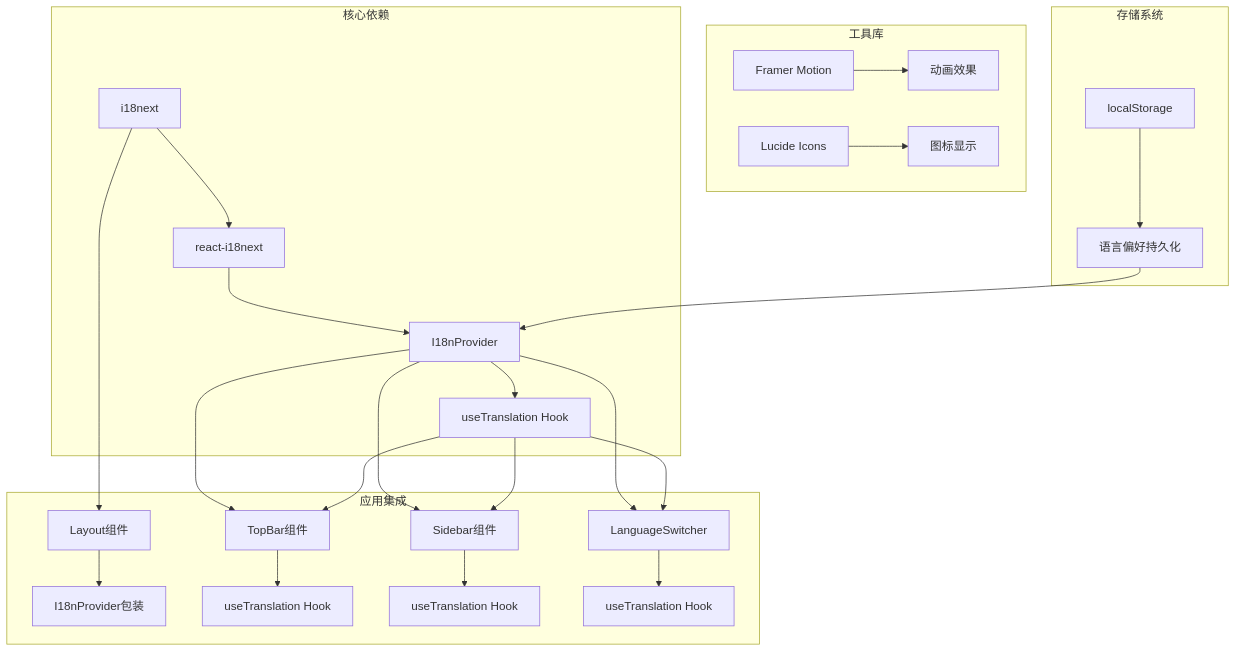
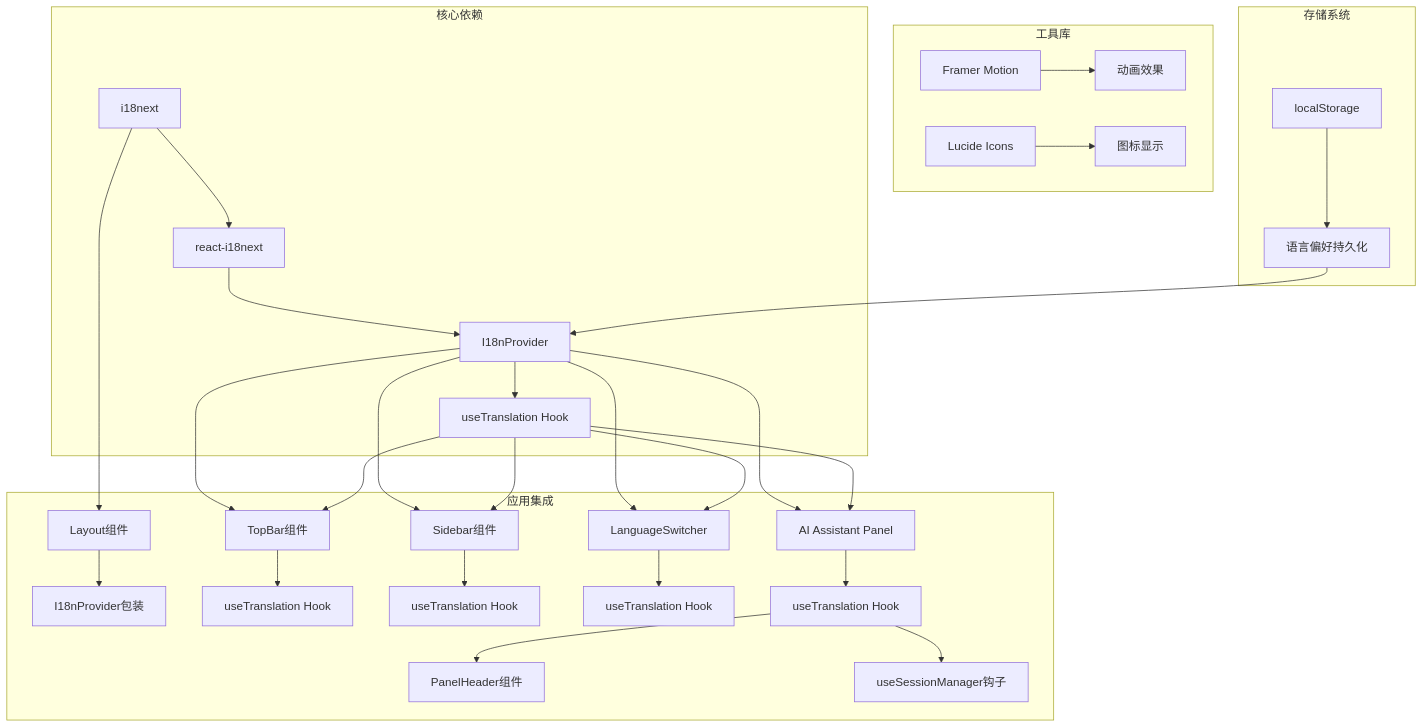
One commit to KunLabAI/KunFlix changed the ninth of 9 diagrams in .qoder/repowiki/zh/content/系统架构/前端架构/国际化系统/国际化系统.md. Above: the diagram before and after it, drawn with Mermaid. The commit also changed other lines of this file and 12 other files, not shown here.

````diff
--- a/.qoder/repowiki/zh/content/系统架构/前端架构/国际化系统/国际化系统.md
+++ b/.qoder/repowiki/zh/content/系统架构/前端架构/国际化系统/国际化系统.md
@@ -356,29 +441,34 @@
 ```mermaid
 graph TB
 subgraph "核心依赖"
 A[i18next] --> B[react-i18next]
 B --> C[I18nProvider]
 C --> D[useTranslation Hook]
 end
 subgraph "应用集成"
 E[Layout组件] --> F[I18nProvider包装]
 G[TopBar组件] --> H[useTranslation Hook]
 I[Sidebar组件] --> J[useTranslation Hook]
 K[LanguageSwitcher] --> L[useTranslation Hook]
+M[AI Assistant Panel] --> N[useTranslation Hook]
+N --> O[PanelHeader组件]
+N --> P[useSessionManager钩子]
 end
 subgraph "工具库"
-M[Framer Motion] --> N[动画效果]
-O[Lucide Icons] --> P[图标显示]
+Q[Framer Motion] --> R[动画效果]
+S[Lucide Icons] --> T[图标显示]
 end
 subgraph "存储系统"
-Q[localStorage] --> R[语言偏好持久化]
+U[localStorage] --> V[语言偏好持久化]
 end
 A --> E
 C --> G
 C --> I
 C --> K
+C --> M
 D --> G
 D --> I
 D --> K
-R --> C
+D --> M
+V --> C
 ```
````
